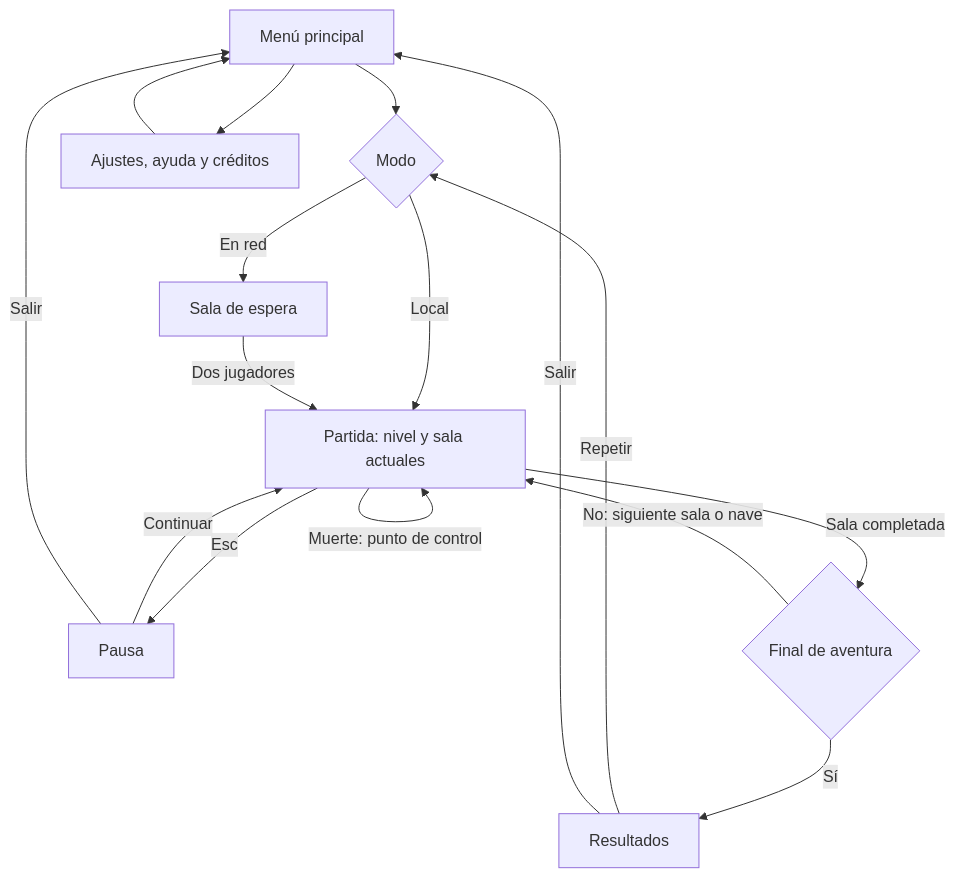
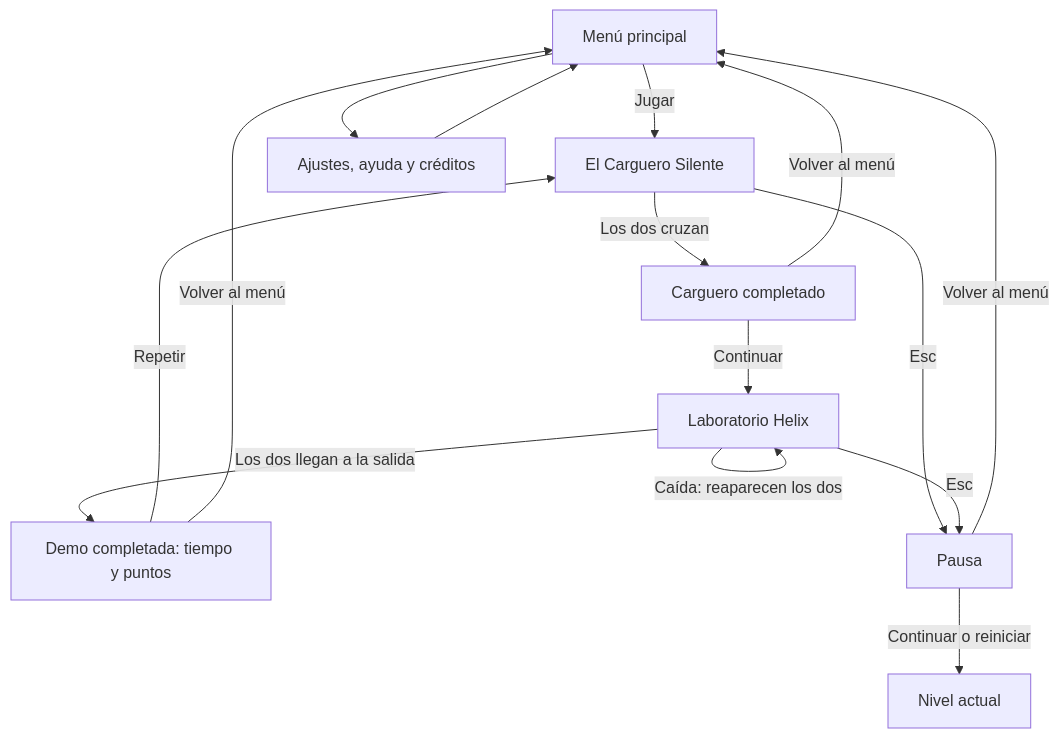
One commit to Yusuf062/super-estrella changed the diagram in GDD.md. Above: the diagram before and after it, drawn with Mermaid. The commit also changed other lines of this file and 1 other file, not shown here.

````diff
--- a/GDD.md
+++ b/GDD.md
@@ -203,18 +187,17 @@
 ```mermaid
 flowchart TD
-    M[Menú principal] --> J{Modo}
-    M --> O[Ajustes, ayuda y créditos]
+    M["Menú principal"] -->|Jugar| C["El Carguero Silente"]
+    M --> O["Ajustes, ayuda y créditos"]
     O --> M
-    J -->|Local| P[Partida: nivel y sala actuales]
-    J -->|En red| E[Sala de espera]
-    E -->|Dos jugadores| P
-    P -->|Sala completada| C{Final de aventura}
-    C -->|No: siguiente sala o nave| P
-    C -->|Sí| R[Resultados]
-    P -->|Muerte: punto de control| P
-    P -->|Esc| A[Pausa]
-    A -->|Continuar| P
-    A -->|Salir| M
-    R -->|Repetir| J
-    R -->|Salir| M
+    C -->|Los dos cruzan| RC["Carguero completado"]
+    RC -->|Continuar| H["Laboratorio Helix"]
+    H -->|Caída: reaparecen los dos| H
+    H -->|Los dos llegan a la salida| R["Demo completada: tiempo y puntos"]
+    R -->|Repetir| C
+    R -->|Volver al menú| M
+    RC -->|Volver al menú| M
+    C -->|Esc| P["Pausa"]
+    H -->|Esc| P
+    P -->|Continuar o reiniciar| N["Nivel actual"]
+    P -->|Volver al menú| M
 ```
````
